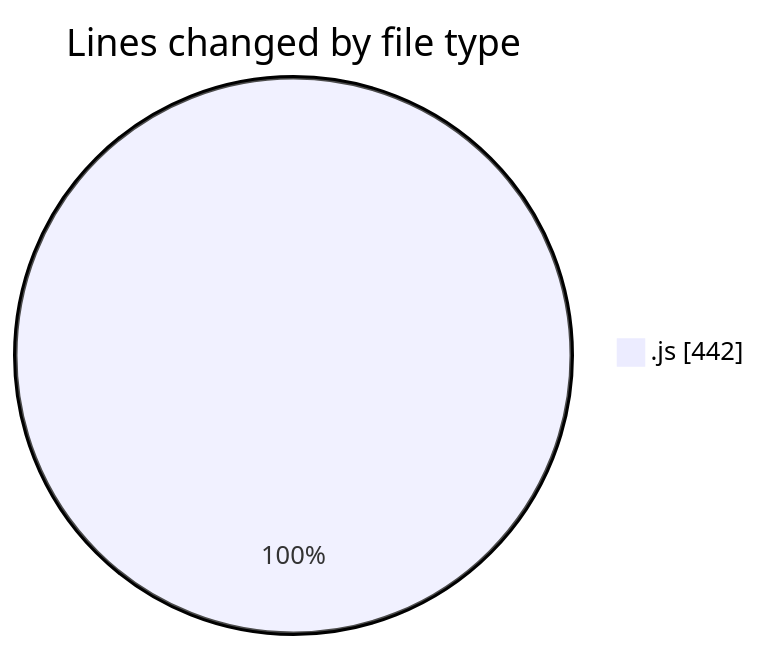
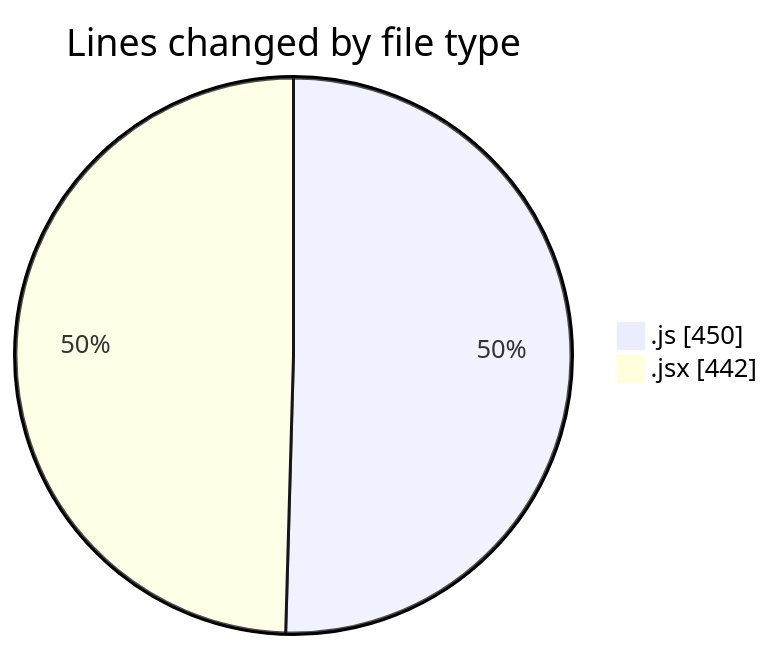
One commit to nxtqubesakshisongat/code-tracking changed the first of 2 diagrams in 2025-09-19/nxtqube_webapp/README.md. Above: the diagram before and after it, drawn with Mermaid. The commit also changed other lines of this file and 1 other file, not shown here.

````diff
--- a/2025-09-19/nxtqube_webapp/README.md
+++ b/2025-09-19/nxtqube_webapp/README.md
@@ -20,5 +21,6 @@
 ```mermaid
 pie showData
 title Lines changed by file type
-".js" : 442
+".js" : 450
+".jsx" : 442
 ```
````
